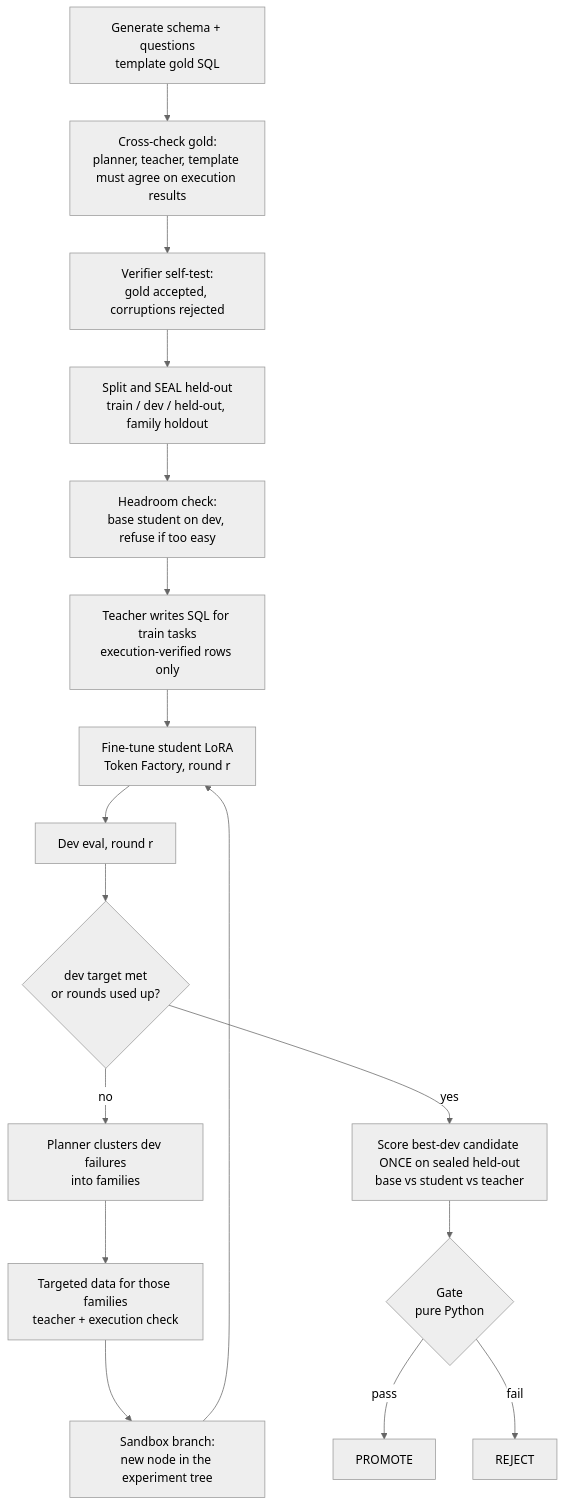
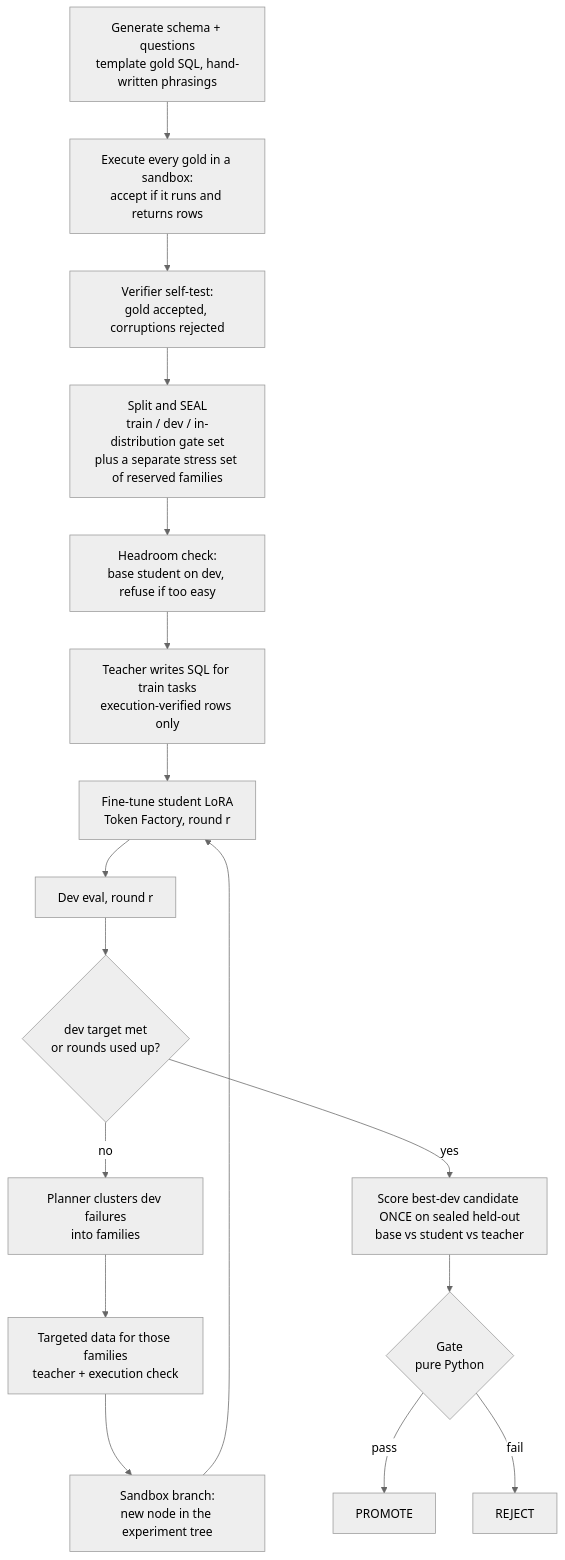
The first of 2 diagrams in README.md (Auro-rium/distillery), drawn with Mermaid (neutral theme) before and after one commit. The commit also changed other lines of this file and 11 other files, not shown here.

````diff
--- a/README.md
+++ b/README.md
@@ -13,19 +13,19 @@
 ```mermaid
 flowchart TD
-    A[Generate schema + questions<br/>template gold SQL] --> B[Cross-check gold:<br/>planner, teacher, template must agree on execution results]
+    A[Generate schema + questions<br/>template gold SQL, hand-written phrasings] --> B[Execute every gold in a sandbox:<br/>accept if it runs and returns rows]
     B --> C[Verifier self-test:<br/>gold accepted, corruptions rejected]
-    C --> D[Split and SEAL held-out<br/>train / dev / held-out, family holdout]
+    C --> D[Split and SEAL<br/>train / dev / in-distribution gate set<br/>plus a separate stress set of reserved families]
     D --> E[Headroom check:<br/>base student on dev, refuse if too easy]
     E --> F[Teacher writes SQL for train tasks<br/>execution-verified rows only]
     F --> G[Fine-tune student LoRA<br/>Token Factory, round r]
     G --> H[Dev eval, round r]
     H --> I{dev target met<br/>or rounds used up?}
     I -- no --> J[Planner clusters dev failures<br/>into families]
     J --> K[Targeted data for those families<br/>teacher + execution check]
     K --> L[Sandbox branch:<br/>new node in the experiment tree]
     L --> G
     I -- yes --> M[Score best-dev candidate ONCE on sealed held-out<br/>base vs student vs teacher]
     M --> N{Gate<br/>pure Python}
     N -- pass --> P[PROMOTE]
     N -- fail --> R[REJECT]
 ```
````
